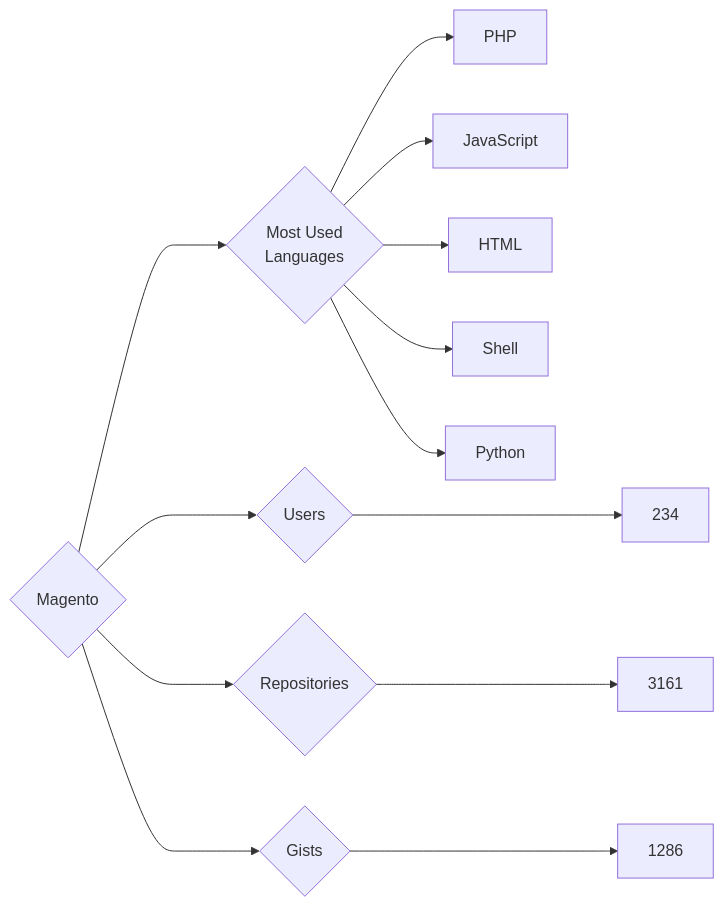
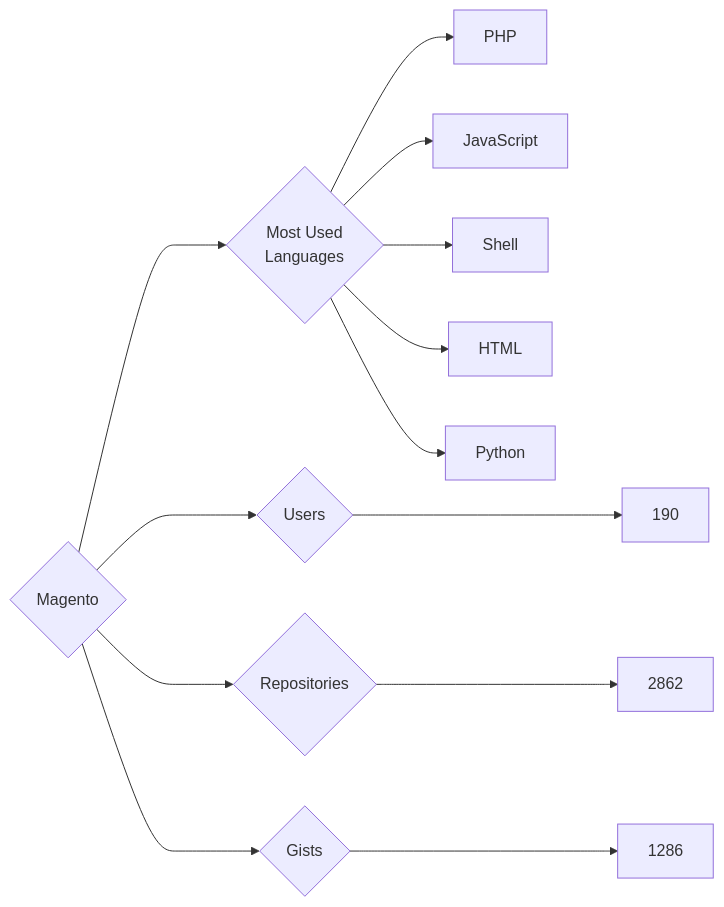
Before and after one commit to trickest/insiders: the diagram in targets/Magento/README.md, drawn with Mermaid. The commit also changed 944 other files, not shown here.

````diff
--- a/targets/Magento/README.md
+++ b/targets/Magento/README.md
@@ -3,13 +3,13 @@
 ```mermaid
 graph LR
 COMPANY_NAME{Magento}
-COMPANY_NAME ---> U{Users} ---> UN[234]
-COMPANY_NAME ---> R{Repositories} ---> RN[3161]
+COMPANY_NAME ---> U{Users} ---> UN[190]
+COMPANY_NAME ---> R{Repositories} ---> RN[2862]
 COMPANY_NAME ---> G{Gists} ---> GN[1286]
 COMPANY_NAME ---> ML{Most Used<br>Languages}
 ML --> PHP[PHP]
 ML --> JavaScript[JavaScript]
+ML --> Shell[Shell]
 ML --> HTML[HTML]
-ML --> Shell[Shell]
 ML --> Python[Python]
 ```
````
